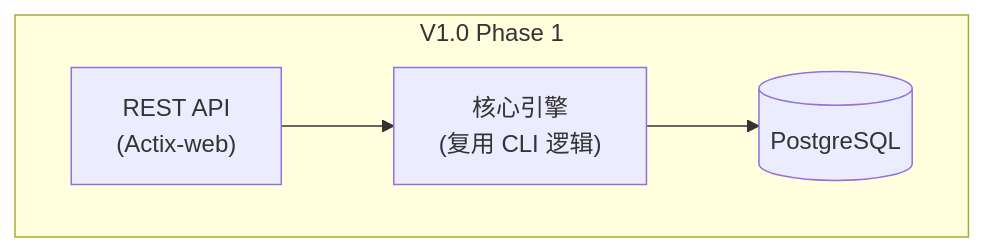
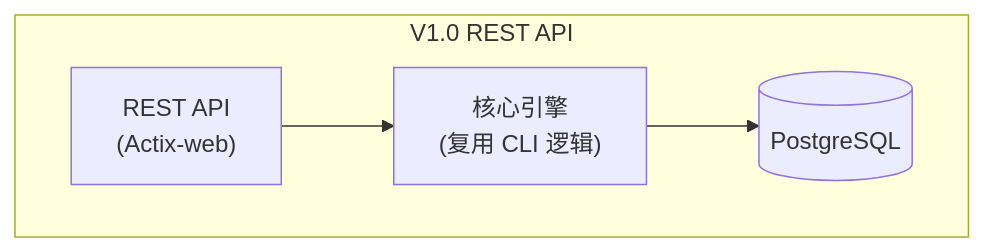
Before and after one commit to MT-SUPER-POWER/ResumeAgent: the sixth of 7 diagrams in docs/roadmap.md, drawn with Mermaid. The commit also changed other lines of this file and 3 other files, not shown here.

````diff
--- a/docs/roadmap.md
+++ b/docs/roadmap.md
@@ -221,12 +223,12 @@
 ```mermaid
 flowchart LR
-  subgraph V10P1["V1.0 Phase 1"]
+  subgraph V10["V1.0 REST API"]
     direction LR
     API["REST API<br/>(Actix-web)"]
     Core["核心引擎<br/>(复用 CLI 逻辑)"]
     DB[(PostgreSQL)]
 
     API --> Core
     Core --> DB
   end
 ```
````
